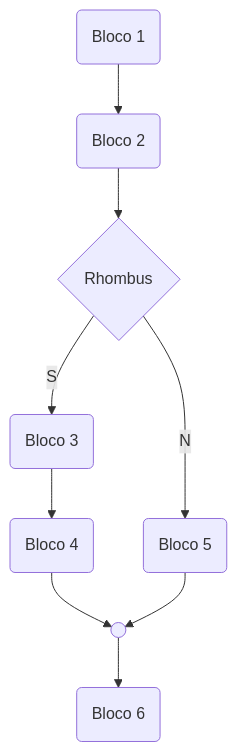
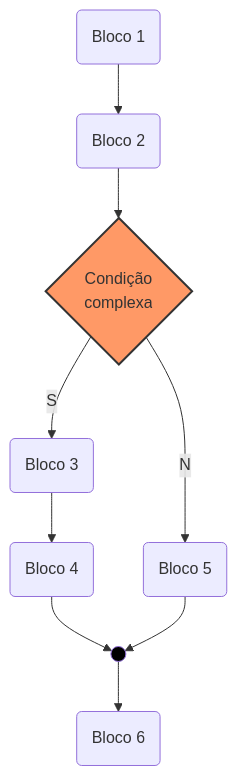
Before and after one commit to ifbasaj/markdown_presentation_vscode: the second of 2 diagrams in presentation.md, drawn with Mermaid. The commit also changed 2 other files, not shown here.

Commit message:
quebra de linha e cores no diagrama

````diff
--- a/presentation.md
+++ b/presentation.md
@@ -57,15 +57,20 @@
 ```mermaid
 graph TD
 A(Bloco 1) --> C(Bloco 2)
-C --> D{Rhombus}
+C --> D{Condição <br />complexa}
 
     D --S--> E(Bloco 3)
     E --> I(Bloco 4)
     I-->G(( ))
 
 
     D --N--> F(Bloco 5)
     F-->G(( ))
 
 G(( ))-->H(Bloco 6)
+
+classDef orange fill:#f96,stroke:#333,stroke-width:2px;
+class D orange
+classDef black fill:#000;
+class G black
 ```
````
